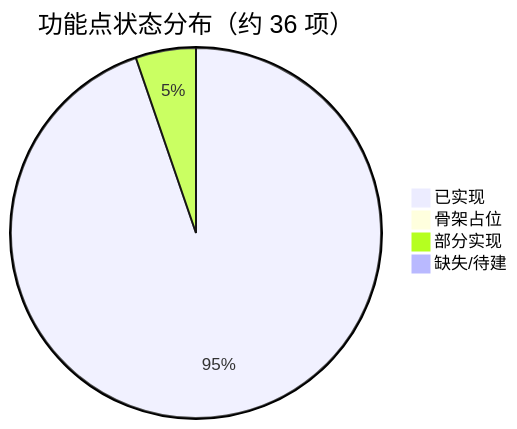
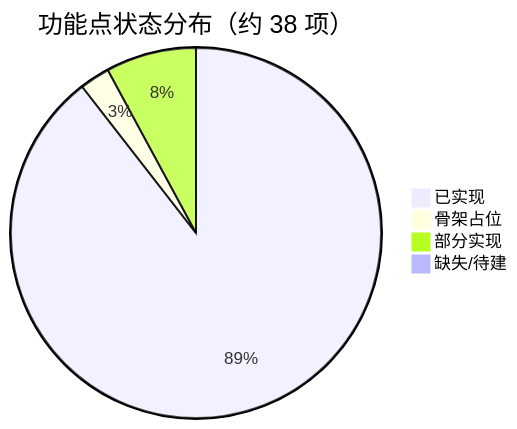
The first of 2 diagrams in .docs/06_功能清单进度文档.md (qoobots/qoorag), drawn with Mermaid before and after one commit. The commit also changed other lines of this file and 19 other files, not shown here.

````diff
--- a/.docs/06_功能清单进度文档.md
+++ b/.docs/06_功能清单进度文档.md
@@ -29,7 +29,7 @@
 ```mermaid
-pie title 功能点状态分布（约 36 项）
-    "已实现" : 36
-    "骨架占位" : 0
-    "部分实现" : 2
+pie title 功能点状态分布（约 38 项）
+    "已实现" : 34
+    "骨架占位" : 1
+    "部分实现" : 3
     "缺失/待建" : 0
 ```
````
